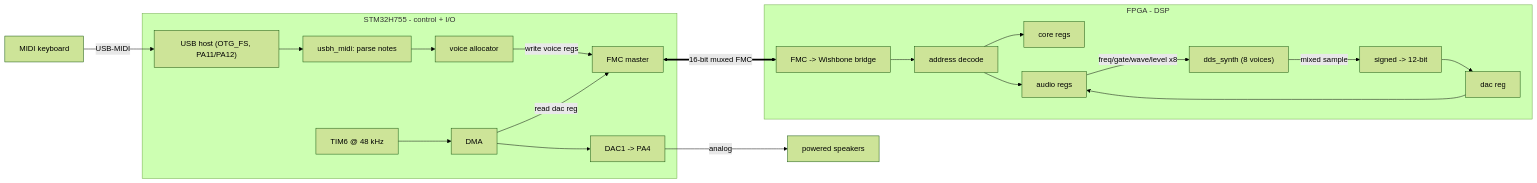
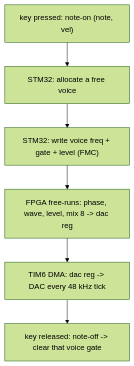
Before and after one commit to akielaries/signalmesh: the first of 6 diagrams in docs/acm-synth-architecture.md, drawn with Mermaid (forest theme). The commit also changed other lines of this file and 17 other files, not shown here.

````diff
--- a/docs/acm-synth-architecture.md
+++ b/docs/acm-synth-architecture.md
@@ -14,27 +39,8 @@
 ```mermaid
-flowchart LR
-    KB["MIDI keyboard"] -->|USB-MIDI| OTG["USB host (OTG_FS, PA11/PA12)"]
-
-    subgraph STM32["STM32H755 - control + I/O"]
-        OTG --> PARSE["usbh_midi: parse notes"]
-        PARSE --> ALLOC["voice allocator"]
-        ALLOC -->|"write voice regs"| FMCM["FMC master"]
-        TIM["TIM6 @ 48 kHz"] --> DMACH["DMA"]
-        DMACH -->|"read dac reg"| FMCM
-        DMACH --> DAC["DAC1 -> PA4"]
-    end
-
-    FMCM <==>|"16-bit muxed FMC"| BR
-
-    subgraph FPGA["FPGA - DSP"]
-        BR["FMC -> Wishbone bridge"] --> DEC["address decode"]
-        DEC --> CORE["core regs"]
-        DEC --> AUDIO["audio regs"]
-        AUDIO -->|"freq/gate/wave/level x8"| DDS["dds_synth (8 voices)"]
-        DDS -->|"mixed sample"| CONV["signed -> 12-bit"]
-        CONV --> DACREG["dac reg"]
-        DACREG --> AUDIO
-    end
-
-    DAC -->|analog| SPK["powered speakers"]
+flowchart TD
+    A["key pressed: note-on (note, vel)"] --> B["STM32: allocate a free voice"]
+    B --> C["STM32: write voice freq + gate + level (FMC)"]
+    C --> D["FPGA free-runs: phase, wave, level, mix 8 -> dac reg"]
+    D --> E["TIM6 DMA: dac reg -> DAC every 48 kHz tick"]
+    E --> F["key released: note-off -> clear that voice gate"]
 ```
````
